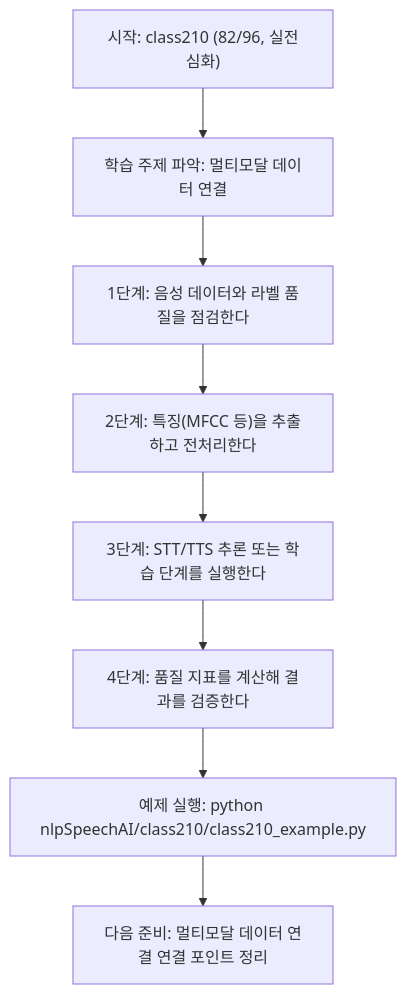
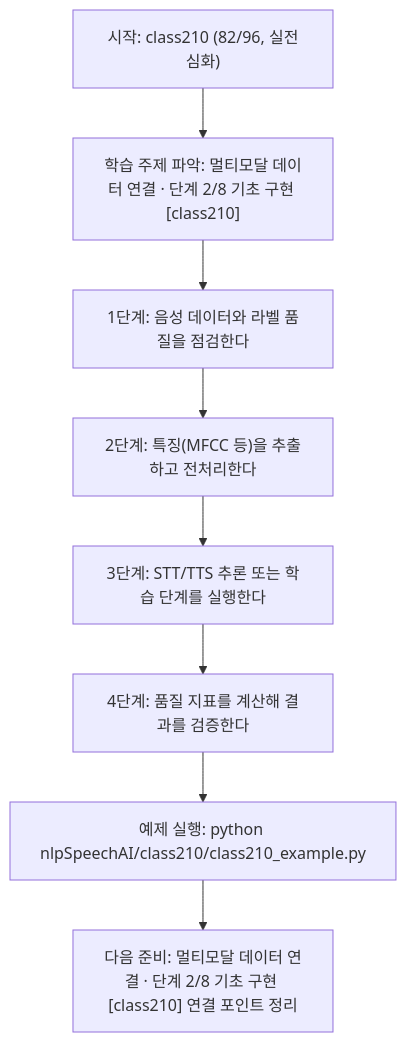
Before and after one commit to edumgt/Python-AI_Agent-Class: the diagram in nlpSpeechAI/class210/class210.md, drawn with Mermaid. The commit also changed other lines of this file and 522 other files, not shown here.

````diff
--- a/nlpSpeechAI/class210/class210.md
+++ b/nlpSpeechAI/class210/class210.md
@@ -113,18 +114,18 @@
 ```mermaid
 flowchart TD
 N1["시작: class210 (82/96, 실전심화)"]
-N2["학습 주제 파악: 멀티모달 데이터 연결"]
+N2["학습 주제 파악: 멀티모달 데이터 연결 · 단계 2/8 기초 구현 [class210]"]
 N3["1단계: 음성 데이터와 라벨 품질을 점검한다"]
 N4["2단계: 특징(MFCC 등)을 추출하고 전처리한다"]
 N5["3단계: STT/TTS 추론 또는 학습 단계를 실행한다"]
 N6["4단계: 품질 지표를 계산해 결과를 검증한다"]
 N7["예제 실행: python nlpSpeechAI/class210/class210_example.py"]
-N8["다음 준비: 멀티모달 데이터 연결 연결 포인트 정리"]
+N8["다음 준비: 멀티모달 데이터 연결 · 단계 2/8 기초 구현 [class210] 연결 포인트 정리"]
 N1 --> N2
 N2 --> N3
 N3 --> N4
 N4 --> N5
 N5 --> N6
 N6 --> N7
 N7 --> N8
 ```
````
